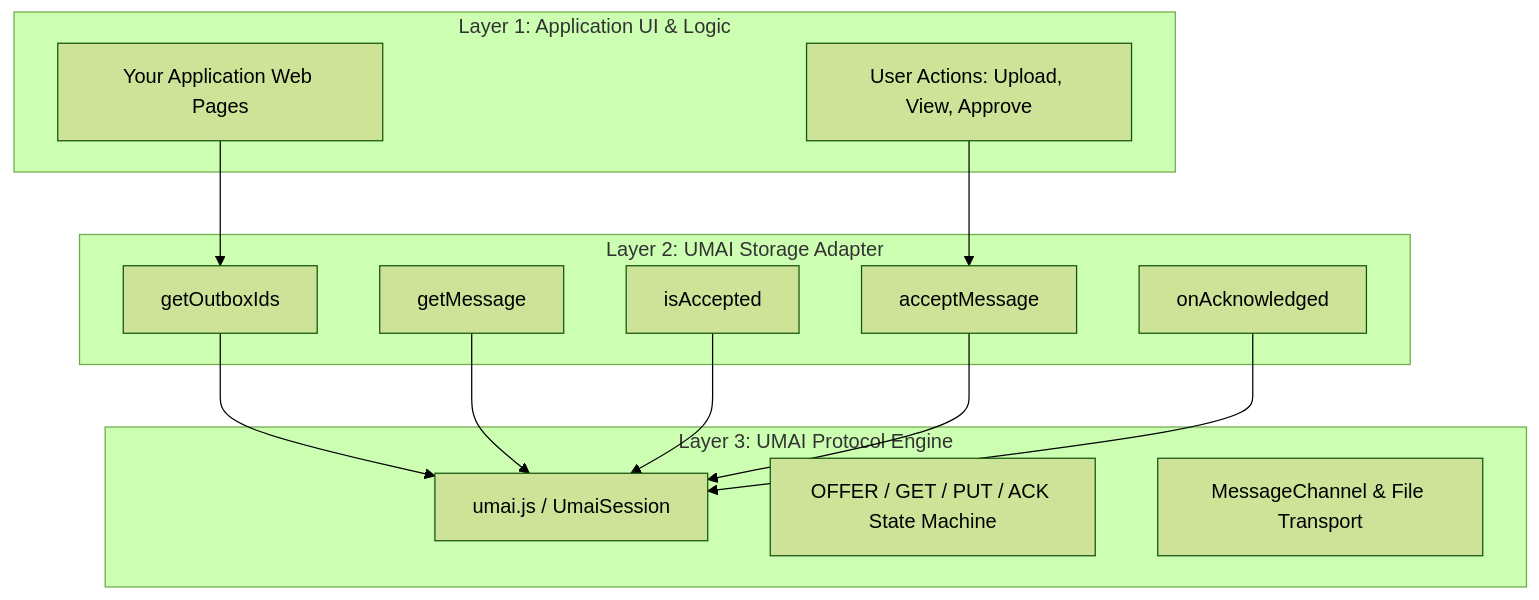
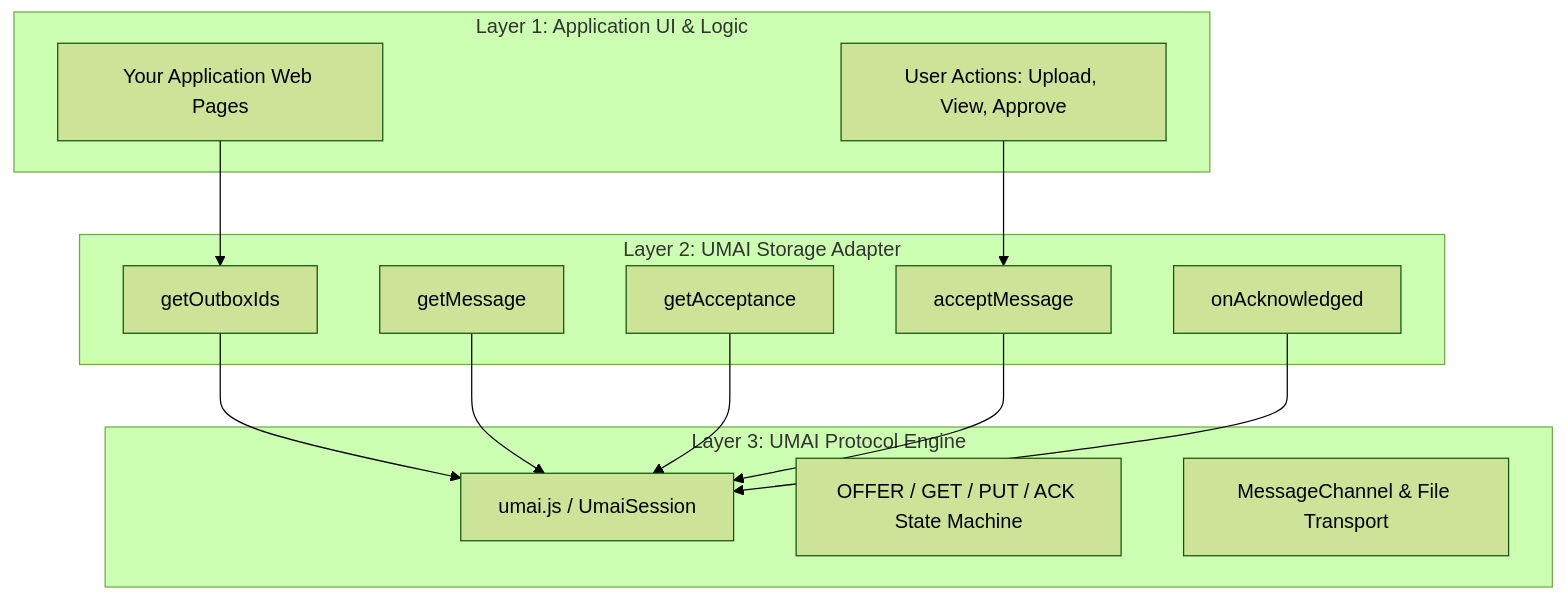
One commit to Ruebennase/UMAI changed the diagram in INTEGRATION_GUIDE.md. Above: the diagram before and after it, drawn with Mermaid (forest theme). The commit also changed other lines of this file and 11 other files, not shown here.

Commit message:
Replace single-ID isAccepted(id) with batch getAcceptance(ids) across core, server, tests, and docs

````diff
--- a/INTEGRATION_GUIDE.md
+++ b/INTEGRATION_GUIDE.md
@@ -57,29 +57,29 @@
 ```mermaid
 graph TD
     subgraph Layer 1: Application UI & Logic
         A1[Your Application Web Pages]
         A2[User Actions: Upload, View, Approve]
     end
 
     subgraph Layer 2: UMAI Storage Adapter
         B1[getOutboxIds]
         B2[getMessage]
-        B3[isAccepted]
+        B3[getAcceptance]
         B4[acceptMessage]
         B5[onAcknowledged]
     end
 
     subgraph Layer 3: UMAI Protocol Engine
         C1[umai.js / UmaiSession]
         C2[OFFER / GET / PUT / ACK State Machine]
         C3[MessageChannel & File Transport]
     end
 
     A1 --> B1
     A2 --> B4
     B1 --> C1
     B2 --> C1
     B3 --> C1
     B4 --> C1
     B5 --> C1
 ```
````
